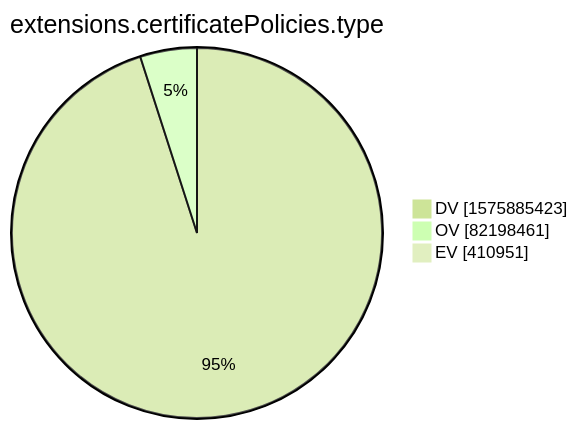
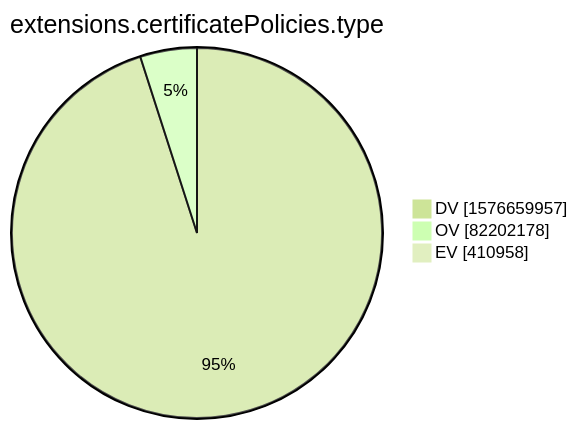
Before and after one commit to christiankrug/ctmonitor_visualization: the tenth of 15 diagrams in xenon2022/README.md, drawn with Mermaid (forest theme). The commit also changed other lines of this file, not shown here.

````diff
--- a/xenon2022/README.md
+++ b/xenon2022/README.md
@@ -2877,7 +2877,7 @@
 ```mermaid
 pie showData
 title extensions.certificatePolicies.type
-"DV" :1575885423
-"OV" :82198461
-"EV" :410951
+"DV" :1576659957
+"OV" :82202178
+"EV" :410958
 ```
````
